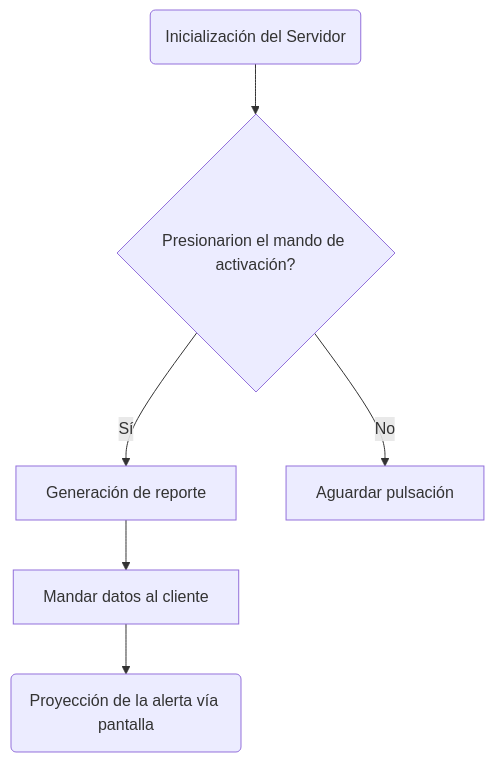
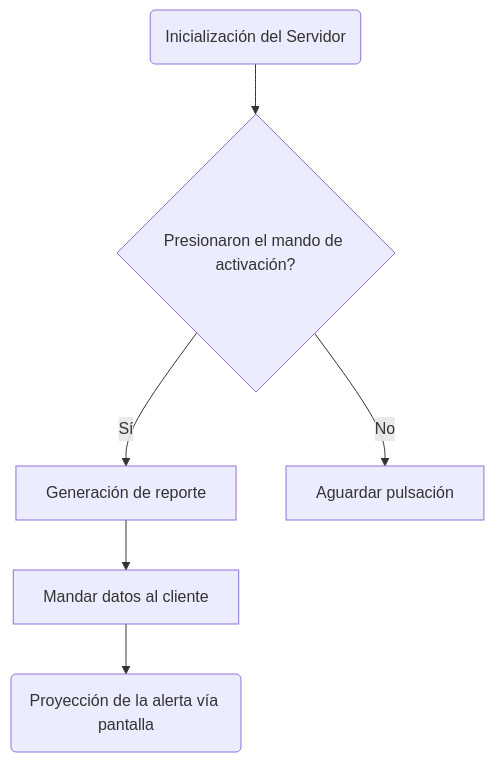
The diagram in README.md (Zagon22/ALARMA-AZUL---INET), drawn with Mermaid before and after one commit.

````diff
--- a/README.md
+++ b/README.md
@@ -9,8 +9,8 @@
 ```mermaid
 flowchart TD
-A(Inicialización del Servidor) -->  B{Presionarion el mando de activación?};
+A(Inicialización del Servidor) -->  B{Presionaron el mando de activación?};
 B -- Sí --> C[Generación de reporte];
 B -- No --> D[Aguardar pulsación];
 C --> E[Mandar datos al cliente];
 E --> F(Proyección de la alerta vía pantalla);
 ```
````
